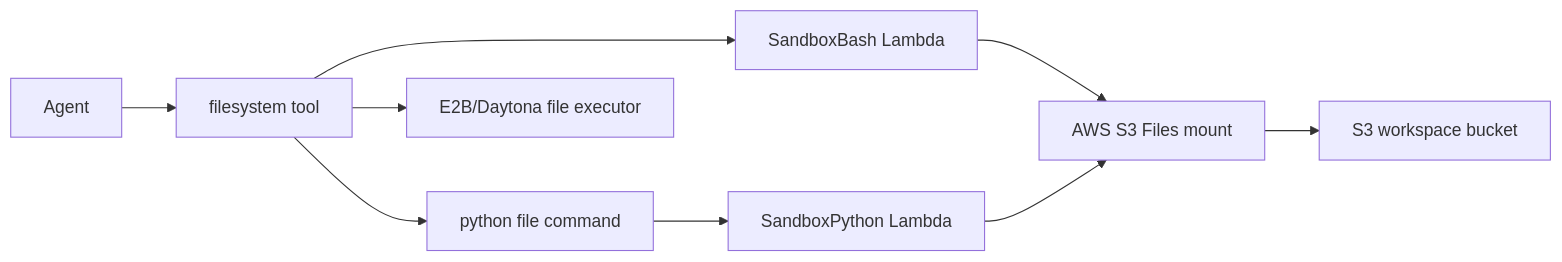
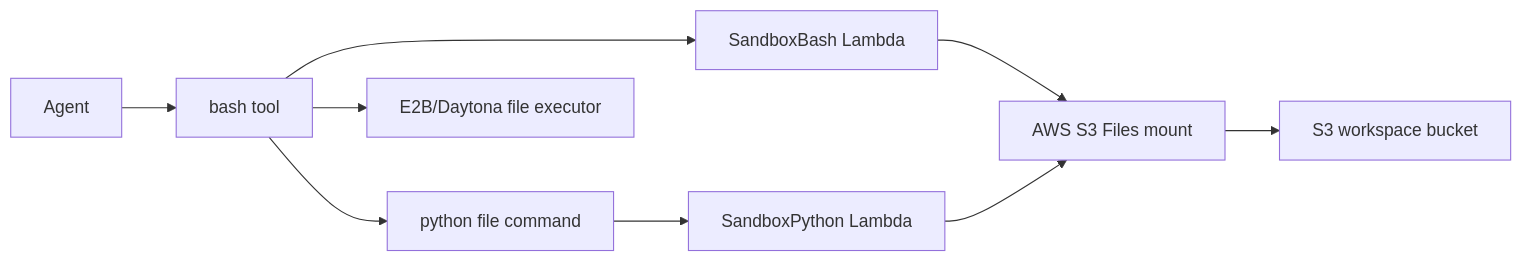
One commit to beeblastco/broods changed the diagram in docs/sandbox/index.md. Above: the diagram before and after it, drawn with Mermaid. The commit also changed other lines of this file and 15 other files, not shown here.

Commit message:
fix: update the filesystem to bash tool name and update the tool description

````diff
--- a/docs/sandbox/index.md
+++ b/docs/sandbox/index.md
@@ -5,11 +5,11 @@
 ```mermaid
 flowchart LR
-  A[Agent] --> B[filesystem tool]
+  A[Agent] --> B[bash tool]
   B --> C[SandboxBash Lambda]
   C --> D[AWS S3 Files mount]
   D --> E[S3 workspace bucket]
   B --> F[python file command]
   F --> G[SandboxPython Lambda]
   G --> D
   B --> H[E2B/Daytona file executor]
 ```
````
